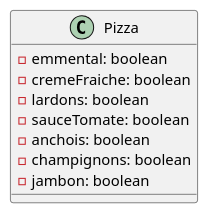
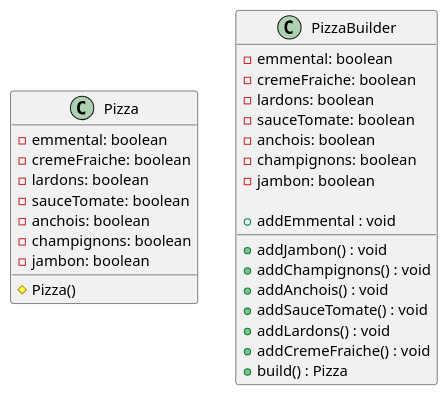
One commit to kotsaw/design-pattern changed the diagram in src/uml/builder.puml. Above: the diagram before and after it, drawn with PlantUML. The commit also changed 3 other files, not shown here.

```diff
--- a/src/uml/builder.puml
+++ b/src/uml/builder.puml
@@ -1,13 +1,33 @@
 @startuml builder
 
 class Pizza {
     - emmental: boolean
     - cremeFraiche: boolean
     - lardons: boolean 
     - sauceTomate: boolean 
     - anchois: boolean 
     - champignons: boolean 
     - jambon: boolean 
+    # Pizza()
+}
+
+class PizzaBuilder {
+    - emmental: boolean
+    - cremeFraiche: boolean
+    - lardons: boolean 
+    - sauceTomate: boolean 
+    - anchois: boolean 
+    - champignons: boolean 
+    - jambon: boolean 
+
+    + addJambon() : void
+    + addChampignons() : void
+    + addAnchois() : void
+    + addSauceTomate() : void
+    + addLardons() : void
+    + addCremeFraiche() : void
+    + addEmmental : void
+    + build() : Pizza
 }
 
 @enduml
```
